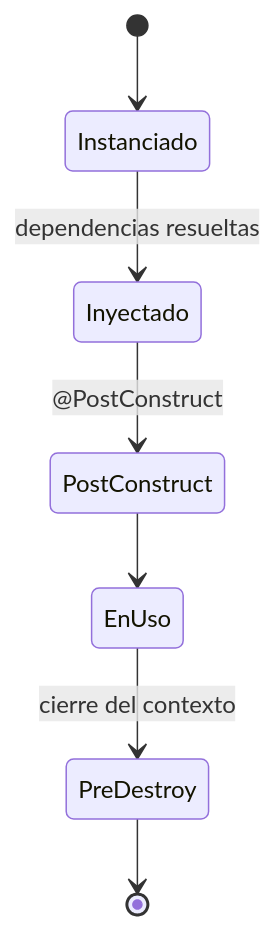
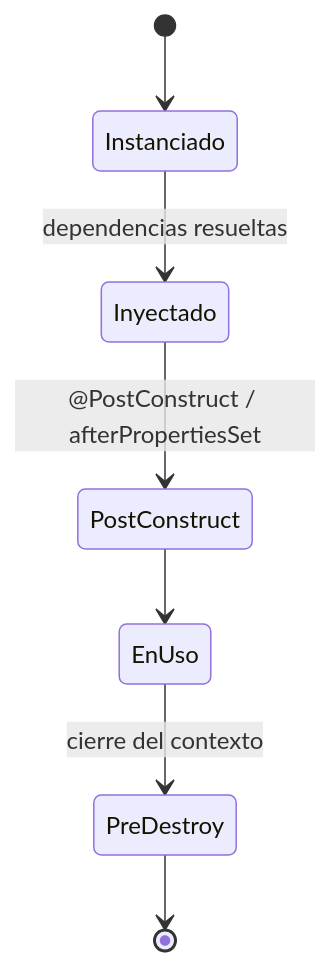
The third of 4 diagrams in Programación/Aprendizaje autodidacta/11_APIRESTMasterclass/teoria/03_Spring_Core_IoC_DI.md (obiticadev/DAM-2025-26), drawn with Mermaid before and after one commit. The commit also changed other lines of this file and 35 other files, not shown here.

````diff
--- a/Programación/Aprendizaje autodidacta/11_APIRESTMasterclass/teoria/03_Spring_Core_IoC_DI.md
+++ b/Programación/Aprendizaje autodidacta/11_APIRESTMasterclass/teoria/03_Spring_Core_IoC_DI.md
@@ -38,9 +279,9 @@
 ```mermaid
 stateDiagram-v2
     [*] --> Instanciado
     Instanciado --> Inyectado: dependencias resueltas
-    Inyectado --> PostConstruct: @PostConstruct
+    Inyectado --> PostConstruct: @PostConstruct / afterPropertiesSet
     PostConstruct --> EnUso
     EnUso --> PreDestroy: cierre del contexto
     PreDestroy --> [*]
 ```
````
